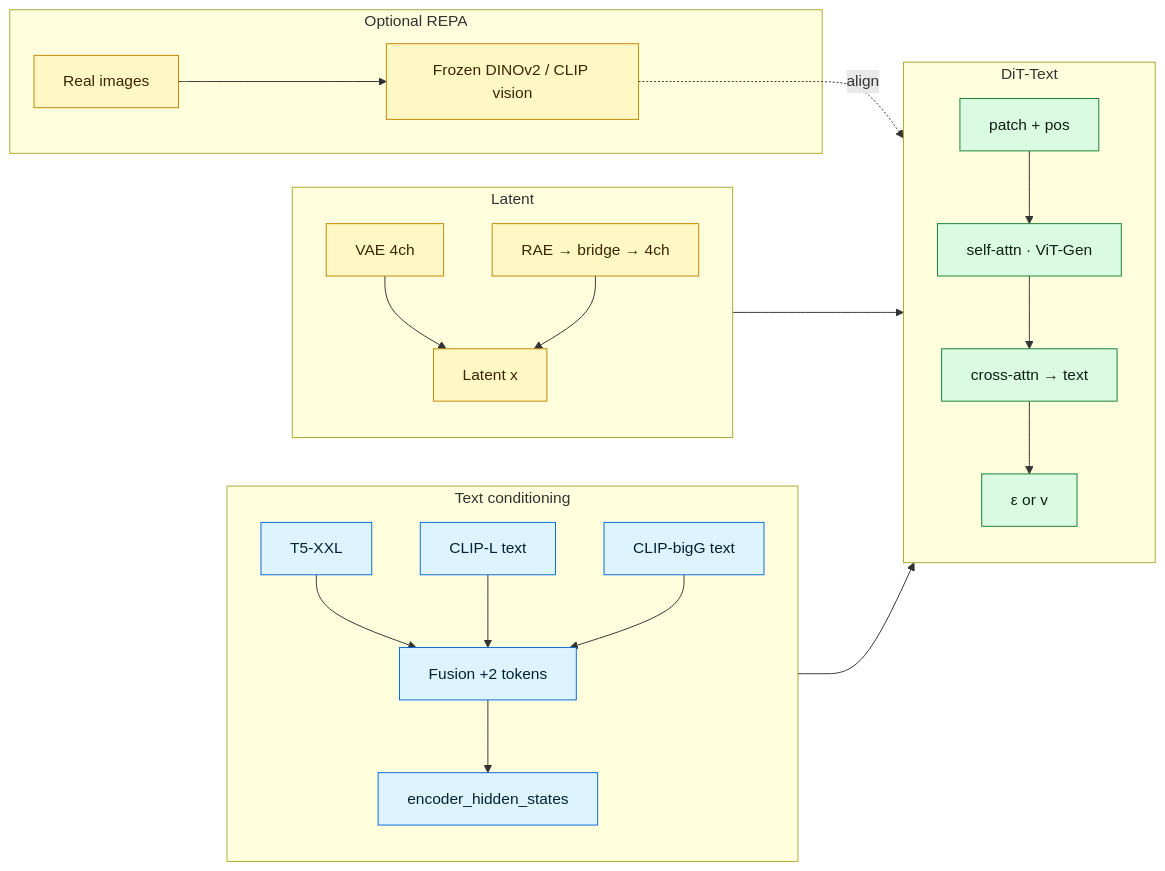
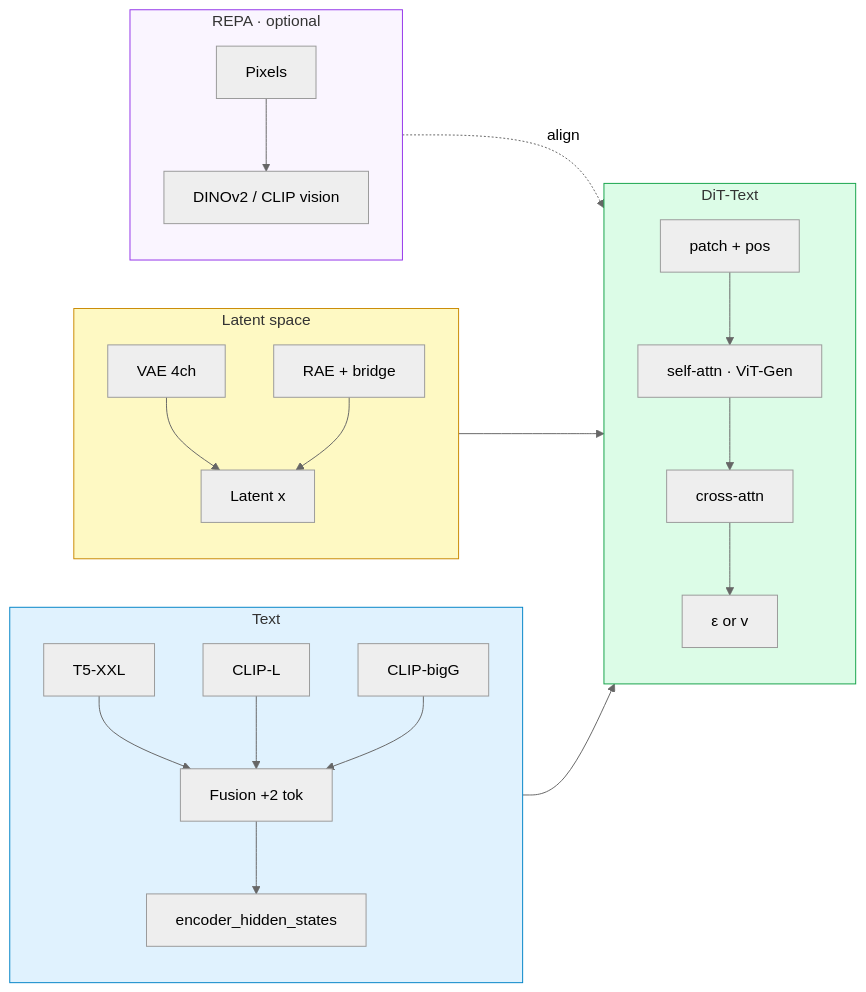
The fourth of 6 diagrams in README.md (Llunarstack/sdx), drawn with Mermaid before and after one commit. The commit also changed other lines of this file and 11 other files, not shown here.

````diff
--- a/README.md
+++ b/README.md
@@ -241,44 +321,38 @@
 ```mermaid
+%%{init: {'theme':'neutral'}}%%
 flowchart LR
-  classDef t fill:#ddf4ff,stroke:#0969da,color:#042033
-  classDef l fill:#fff8c5,stroke:#bf8700,color:#3b2600
-  classDef d fill:#dafbe1,stroke:#1a7f37,color:#0d1f12
-
-  subgraph TX["Text conditioning"]
+  subgraph TX["Text"]
     direction TB
-    T5[T5-XXL]:::t
-    C1[CLIP-L text]:::t
-    C2[CLIP-bigG text]:::t
-    FU[Fusion +2 tokens]:::t
-    TXT[encoder_hidden_states]:::t
-    T5 --> FU
-    C1 --> FU
-    C2 --> FU
-    FU --> TXT
+    T5[T5-XXL] --> FU[Fusion +2 tok]
+    CL1[CLIP-L] --> FU
+    CL2[CLIP-bigG] --> FU
+    FU --> HID[encoder_hidden_states]
   end
 
-  subgraph LT["Latent"]
+  subgraph LT["Latent space"]
     direction TB
-    VAE[VAE 4ch]:::l
-    RAE[RAE → bridge → 4ch]:::l
-    LAT[Latent x]:::l
-    VAE --> LAT
-    RAE --> LAT
+    VAE[VAE 4ch] --> LAT[Latent x]
+    RAE[RAE + bridge] --> LAT
   end
 
   subgraph CORE["DiT-Text"]
     direction TB
-    PE[patch + pos]:::d
-    SA[self-attn · ViT-Gen]:::d
-    CA[cross-attn → text]:::d
-    OUT[ε or v]:::d
-    LAT --> PE --> SA --> CA --> OUT
-    TXT --> CA
+    PE[patch + pos] --> SA[self-attn · ViT-Gen]
+    SA --> CA[cross-attn]
+    CA --> OUT[ε or v]
   end
 
-  subgraph RP["Optional REPA"]
-    IM[Real images]:::l
-    VS[Frozen DINOv2 / CLIP vision]:::l
-    IM --> VS -.->|align| OUT
+  subgraph RP["REPA · optional"]
+    direction TB
+    IM[Pixels] --> VS[DINOv2 / CLIP vision]
   end
+
+  LAT --> PE
+  HID --> CA
+  VS -.->|align| OUT
+
+  style TX fill:#e0f2fe,stroke:#0284c7
+  style LT fill:#fef9c3,stroke:#ca8a04
+  style CORE fill:#dcfce7,stroke:#16a34a
+  style RP fill:#faf5ff,stroke:#9333ea
 ```
````
